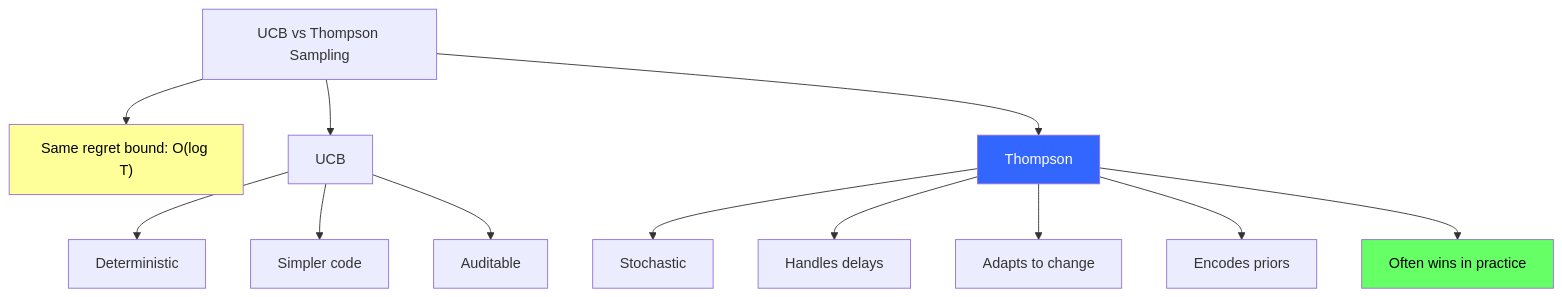
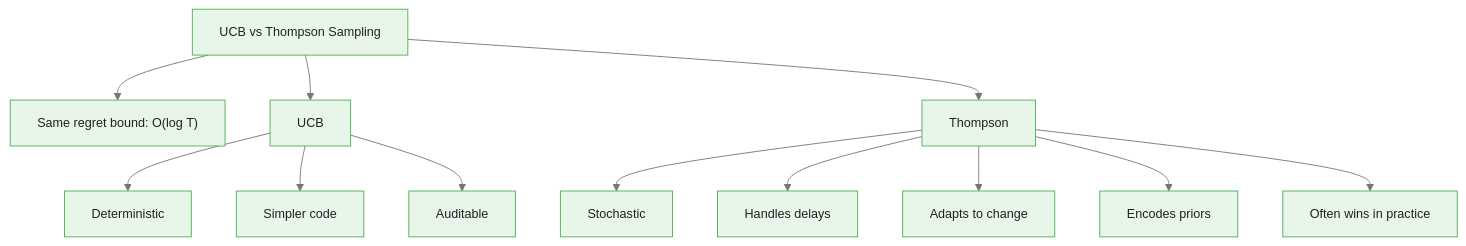
Before and after one commit to m-deane/course-creator: the third of 3 diagrams in courses/multi-armed-bandits-ab-testing/modules/module_02_bayesian_bandits/guides/03_thompson_vs_ucb_slides.md, drawn with Mermaid. The commit also changed other lines of this file and 146 other files, not shown here.

````diff
--- a/courses/multi-armed-bandits-ab-testing/modules/module_02_bayesian_bandits/guides/03_thompson_vs_ucb_slides.md
+++ b/courses/multi-armed-bandits-ab-testing/modules/module_02_bayesian_bandits/guides/03_thompson_vs_ucb_slides.md
@@ -289,22 +326,19 @@
 ```mermaid
+%%{init: {"theme": "base", "themeVariables": {"primaryColor": "#e8f5e9", "primaryBorderColor": "#4caf50", "primaryTextColor": "#212121", "secondaryColor": "#e3f2fd", "tertiaryColor": "#fff8e1", "lineColor": "#757575", "fontFamily": "Inter, sans-serif", "fontSize": "14px"}}}%%
 flowchart TD
     Battle["UCB vs Thompson Sampling"] --> Same["Same regret bound: O(log T)"]
 
     Battle --> UCB_s["UCB"]
     Battle --> TS_s["Thompson"]
 
     UCB_s --> Det["Deterministic"]
     UCB_s --> Simple_s["Simpler code"]
     UCB_s --> Audit["Auditable"]
 
     TS_s --> Stoch["Stochastic"]
     TS_s --> Delayed["Handles delays"]
     TS_s --> NS_s["Adapts to change"]
     TS_s --> Prior_s["Encodes priors"]
 
     TS_s --> Winner["Often wins in practice"]
-
-    style Same fill:#ff9,color:#000
-    style Winner fill:#6f6,color:#000
-    style TS_s fill:#36f,color:#fff
 ```
````
